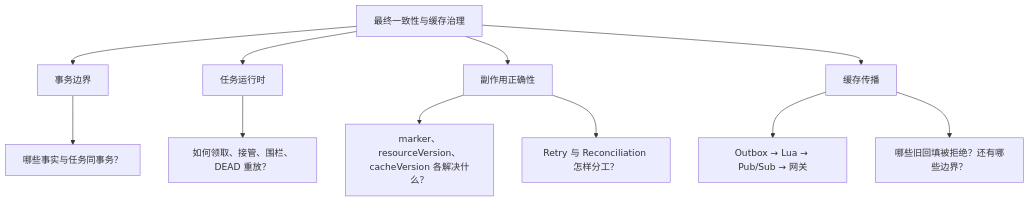
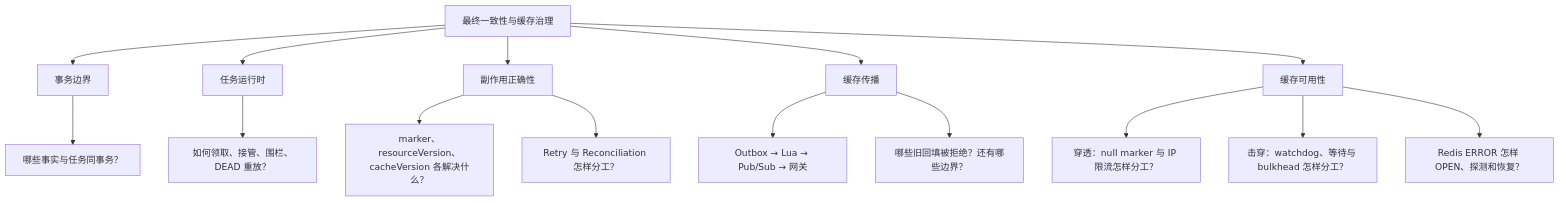
Before and after one commit to SyH-101/citypass-platform: diagram 14 of 14 in 04-最终一致性与缓存治理.md, drawn with Mermaid. The commit also changed other lines of this file and 27 other files, not shown here.

````diff
--- a/04-最终一致性与缓存治理.md
+++ b/04-最终一致性与缓存治理.md
@@ -1373,13 +1508,17 @@
 ```mermaid
 flowchart TD
     A["最终一致性与缓存治理"] --> B["事务边界"]
     A --> C["任务运行时"]
     A --> D["副作用正确性"]
     A --> E["缓存传播"]
+    A --> F["缓存可用性"]
     B --> B1["哪些事实与任务同事务？"]
     C --> C1["如何领取、接管、围栏、DEAD 重放？"]
     D --> D1["marker、resourceVersion、cacheVersion 各解决什么？"]
     D --> D2["Retry 与 Reconciliation 怎样分工？"]
     E --> E1["Outbox → Lua → Pub/Sub → 网关"]
     E --> E2["哪些旧回填被拒绝？还有哪些边界？"]
+    F --> F1["穿透：null marker 与 IP 限流怎样分工？"]
+    F --> F2["击穿：watchdog、等待与 bulkhead 怎样分工？"]
+    F --> F3["Redis ERROR 怎样 OPEN、探测和恢复？"]
 ```
````
